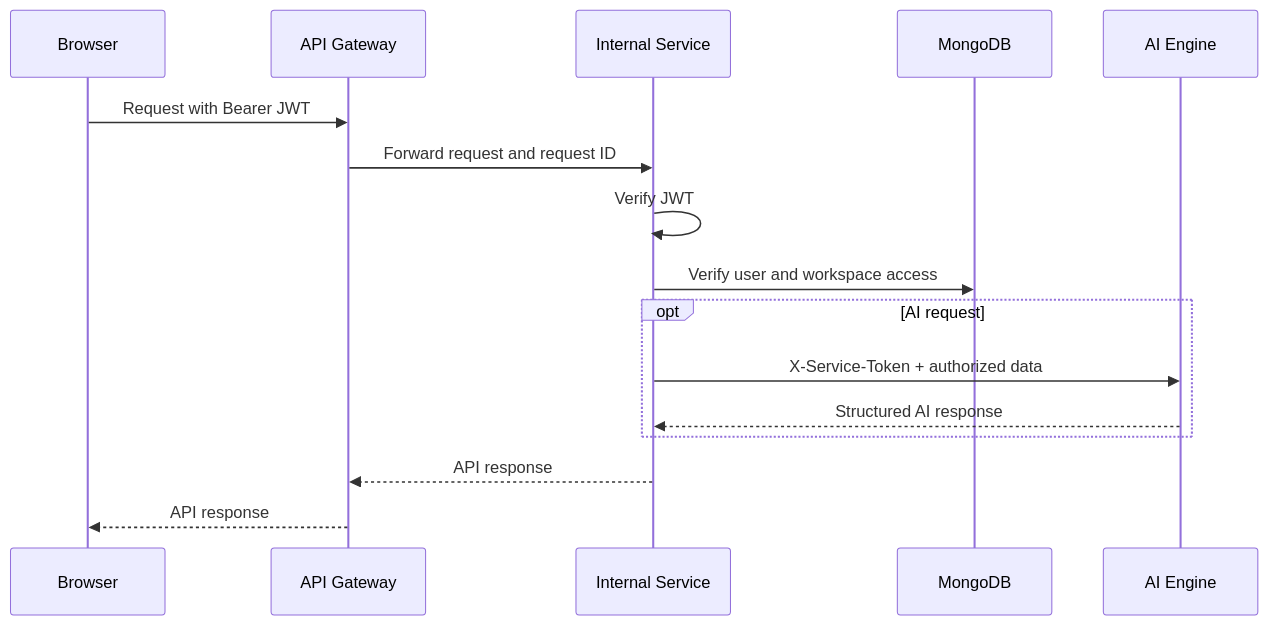
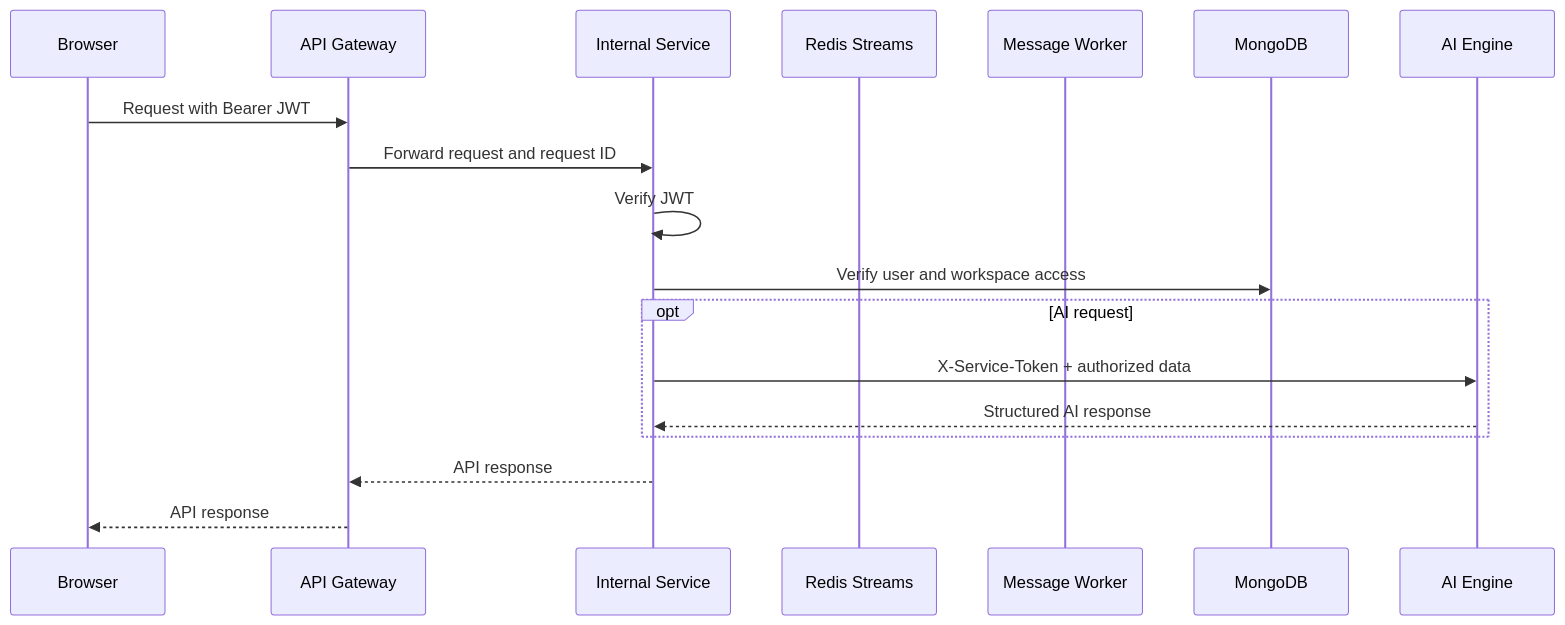
One commit to Akshanshkaushal/ComConnect changed the second of 9 diagrams in docs/architecture-guide.md. Above: the diagram before and after it, drawn with Mermaid. The commit also changed other lines of this file and 34 other files, not shown here.

Commit message:
microsrvices architecture

````diff
--- a/docs/architecture-guide.md
+++ b/docs/architecture-guide.md
@@ -108,19 +116,21 @@
 ```mermaid
 sequenceDiagram
   participant U as Browser
   participant G as API Gateway
   participant S as Internal Service
+  participant R as Redis Streams
+  participant W as Message Worker
   participant DB as MongoDB
   participant AI as AI Engine
 
   U->>G: Request with Bearer JWT
   G->>S: Forward request and request ID
   S->>S: Verify JWT
   S->>DB: Verify user and workspace access
   opt AI request
     S->>AI: X-Service-Token + authorized data
     AI-->>S: Structured AI response
   end
   S-->>G: API response
   G-->>U: API response
 ```
````
